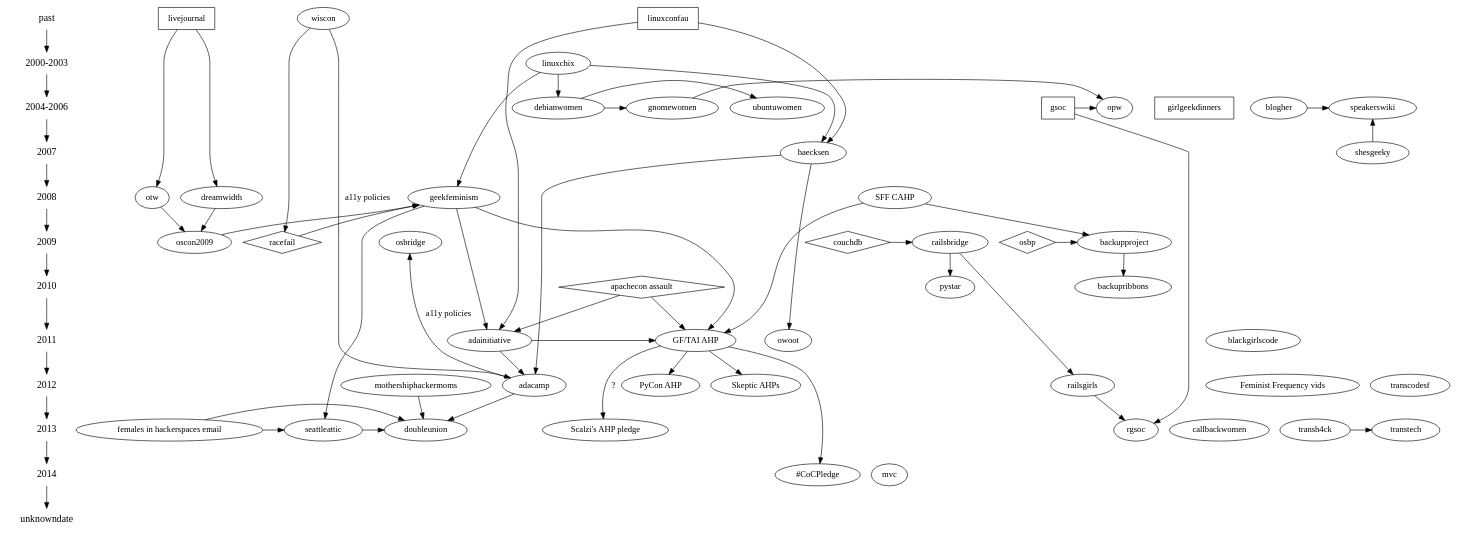
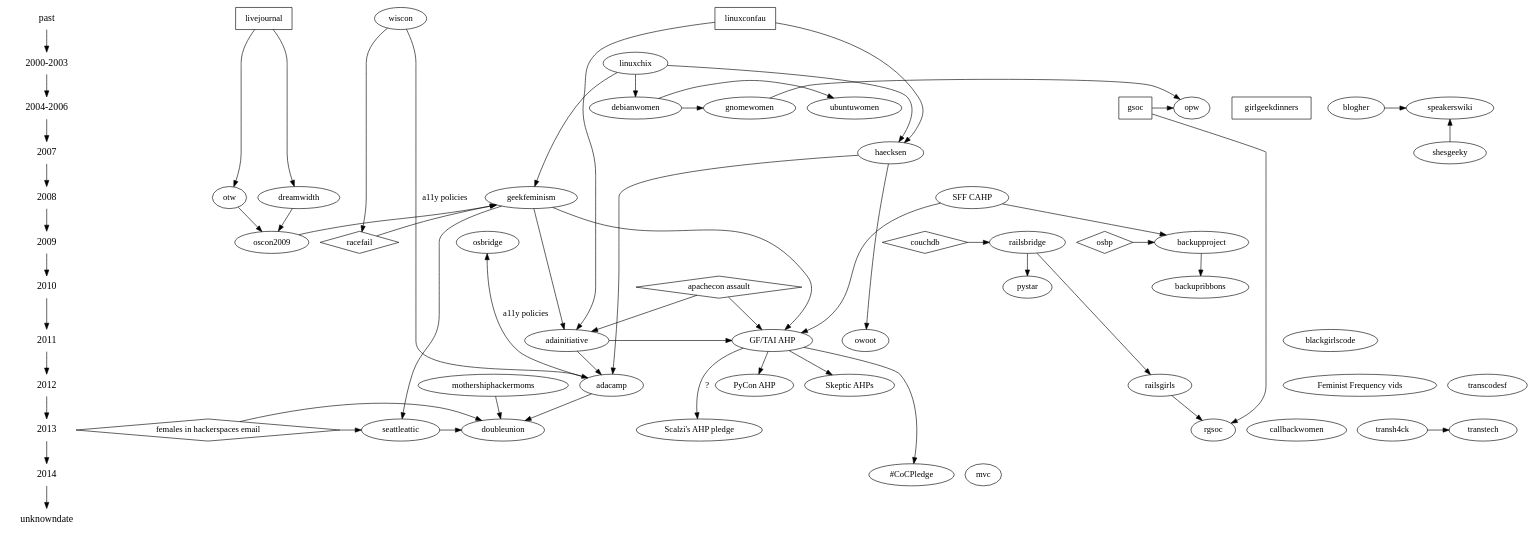
Before and after one commit to brainwane/gf-family-tree: the diagram in gfft.dot, drawn with Graphviz. The commit also changed 1 other file, not shown here.

Commit message:
fixed format of females in hackerspaces (diamond = incident)

```diff
--- a/gfft.dot
+++ b/gfft.dot
@@ -1,160 +1,163 @@
 digraph GeekFeminismFamilyTree {
 
   /*
      The following shapes are used for different types of things:
      oval = geek feminist/women-in-tech/etc organisation
      rectangle = orgs that aren't particularly feminist, but are influential
      diamond = event/incident (cf. GF wiki "Timeline of Incidents")
   */
 
   /*
      And this section lays out the history in terms of years.
   */
 
   {
     node [shape=plaintext, fontsize=16];
     past -> "2000-2003" -> "2004-2006" -> 2007 -> 2008 -> 2009 -> 2010 -> 2011 -> 2012 -> 2013 -> 2014 -> unknowndate;
   }
   { rank = same; past; livejournal; wiscon; linuxconfau}
   { rank = same; "2000-2003"; linuxchix; }
   { rank = same; "2004-2006"; gsoc; opw; ubuntuwomen; gnomewomen; debianwomen; girlgeekdinners; blogher; speakerswiki}
   { rank = same; 2007; haecksen; shesgeeky; }
   { rank = same; 2008; "SFF CAHP"; geekfeminism; dreamwidth; otw; }
   { rank = same; 2009; oscon2009; racefail; couchdb; railsbridge; osbp; backupproject; osbridge; }
   { rank = same; 2010; "apachecon assault"; backupribbons;}
   { rank = same; 2011; adainitiative; "GF/TAI AHP"; owoot; blackgirlscode }
   { rank = same; 2012; adacamp; railsgirls; "Skeptic AHPs"; "PyCon AHP"; "Feminist Frequency vids"; transcodesf; }
   { rank = same; 2013; seattleattic; doubleunion; rgsoc; callbackwomen; "Scalzi's AHP pledge"; transh4ck; transtech; "females in hackerspaces email"}
   { rank = same; 2014; mvc; "#CoCPledge"; }
   { rank = same; 2014; mvc }
   { rank = same; unknowndate; }
 
   /* GGD explicitly identify as non-feminist
    * news.bbc.co.uk/2/hi/technology/8663593.stm */
   girlgeekdinners [shape=rectangle]
 
   /* Skud set up the GF wiki in 2008, mostly inspired by earlier "women
    * in open source" communities such as linuxchix */
   linuxchix -> geekfeminism;
 
   /* in 2009, Racefail introduced Skud and other GF wiki contributors to
    * a lot of new ideas */
   racefail -> geekfeminism;
   racefail [shape=diamond];
 
   /* in 2010, the Noirin Plunkett's assault at ApacheCon triggered
    * discussions about anti-harassment that would lead to the formation
    * of the Ada Initiative */
   "apachecon assault" -> adainitiative;
   "apachecon assault" [shape=diamond];
 
   /* GF (esp. volunteer burnout) was an influence on TAI */
   geekfeminism -> adainitiative;
 
   /* The first TAI discussions were held at LCA */
   linuxconfau -> adainitiative;
   linuxconfau [shape=rectangle];
 
   /* TAI wrote the first conf anti-harassment poilcy in response to the
    * apachecon assault */
   "apachecon assault" -> "GF/TAI AHP"
   "geekfeminism" -> "GF/TAI AHP"
   "adainitiative" -> "GF/TAI AHP"
 
   /* The Con Anti-Harassment Policy (out of SFF fandom) also inspired it */
   "SFF CAHP" -> "GF/TAI AHP"
 
   /* Vaguely related: Open Source Boob Project and Backup Project */
   osbp -> backupproject
   osbp [shape=diamond]
   "SFF CAHP" -> backupproject
   backupproject -> backupribbons;
 
   /* The GF/TAI AHP inspired the PyCon variant */
   "GF/TAI AHP" -> "PyCon AHP";
 
   /* The GF/TAI AHP inspired the skeptic variants */
   "GF/TAI AHP" -> "Skeptic AHPs";
   "GF/TAI AHP" -> "#CoCPledge";
 
   /* Causation here is less clear. */
   "GF/TAI AHP" -> "Scalzi's AHP pledge" [label="?"];
 
   adainitiative -> adacamp;
 
   /* Adacamp was inspired in some ways by Wiscon, eg. accessibility */
   wiscon -> adacamp [label="a11y policies"];
   /* and then open source bridge picked up some of that from adacamp */
   adacamp -> osbridge [label="a11y policies"];
 
+
+  /* Hackerspaces! */
+  "females in hackerspaces email" [shape="diamond"];
+  "females in hackerspaces email" -> seattleattic;
+  "females in hackerspaces email" -> doubleunion;
   /* DoubleUnion came out of AdaCamp SF in 2013 */
   adacamp -> doubleunion;
-  geekfeminism -> seattleattic
-  "females in hackerspaces email" -> seattleattic
-  "females in hackerspaces email" -> doubleunion
+  geekfeminism -> seattleattic;
   /* pretty sure mothership hackermoms was also an inspiration? */
   mothershiphackermoms -> doubleunion;
   seattleattic -> doubleunion;
 
   /* Various early women-in-open-source mailing lists etc */
   linuxchix -> debianwomen;
   debianwomen -> ubuntuwomen;
   /* Direct ancestry, because Hanna Wallach did debianwomen first and
    * then GNOME Women, and was never a big participant in LinuxChix*/
   debianwomen -> gnomewomen;
   haecksen -> owoot;
 
   /* Gnome Outreach Program for Women, now FOSS OPW */
   gnomewomen -> opw;
   /* "The Outreach Program for Women (OPW) was inspired by Google's
    * Summer of Code and by how few women applied for it."
    * via gnome.org/opw (why can't I include double slashes in a comment?)
    */
   gsoc -> opw;
   gsoc [shape=rectangle]
 
   /* LinuxChix inspired the Haecksen miniconf at LCA */
   linuxchix -> haecksen;
   linuxconfau -> haecksen;
 
   /* Both creations of Mary Gardiner's, one of the inputs to AdaCamp is
      what wasn't possible with Haecksen */
   haecksen -> adacamp;
 
   /* RailsBridge happened in response to the CouchDB incident at
    * GoGaRuCo */
   couchdb -> railsbridge;
   couchdb [shape=diamond];
   railsbridge -> pystar;
   railsbridge -> railsgirls;
 
   /* There's now a rails girls summer of code */
 
   railsgirls -> rgsoc;
   gsoc -> rgsoc;
 
   wiscon -> racefail;
 
   /* Livejournal (esp. their fail) inspired DW and OTW */
   livejournal -> dreamwidth;
   livejournal -> otw;
   livejournal [shape=rectangle]
 
   /* Dreamwidth and OTW inspired Skud's 2009 OSCON keynote */
   dreamwidth -> oscon2009;
   otw -> oscon2009;
 
   /* GF blog came out of the oscon2009 keynote, as a place to have
    * ongoing conversations */
   oscon2009 -> geekfeminism;
 
   /* Trans*H4CK inspired the Transtech meetups
    * lukasblakk.com/why-i-was-part-of-creating-a-thing-called-transtech/ */
   transh4ck -> transtech;
 
   /* Speaker's wiki (www.socialtext.net/speakers) came out of BlogHer
    * '05 and is supported by She's Geeky */
   blogher -> speakerswiki;
   shesgeeky -> speakerswiki;
 
 }
```
